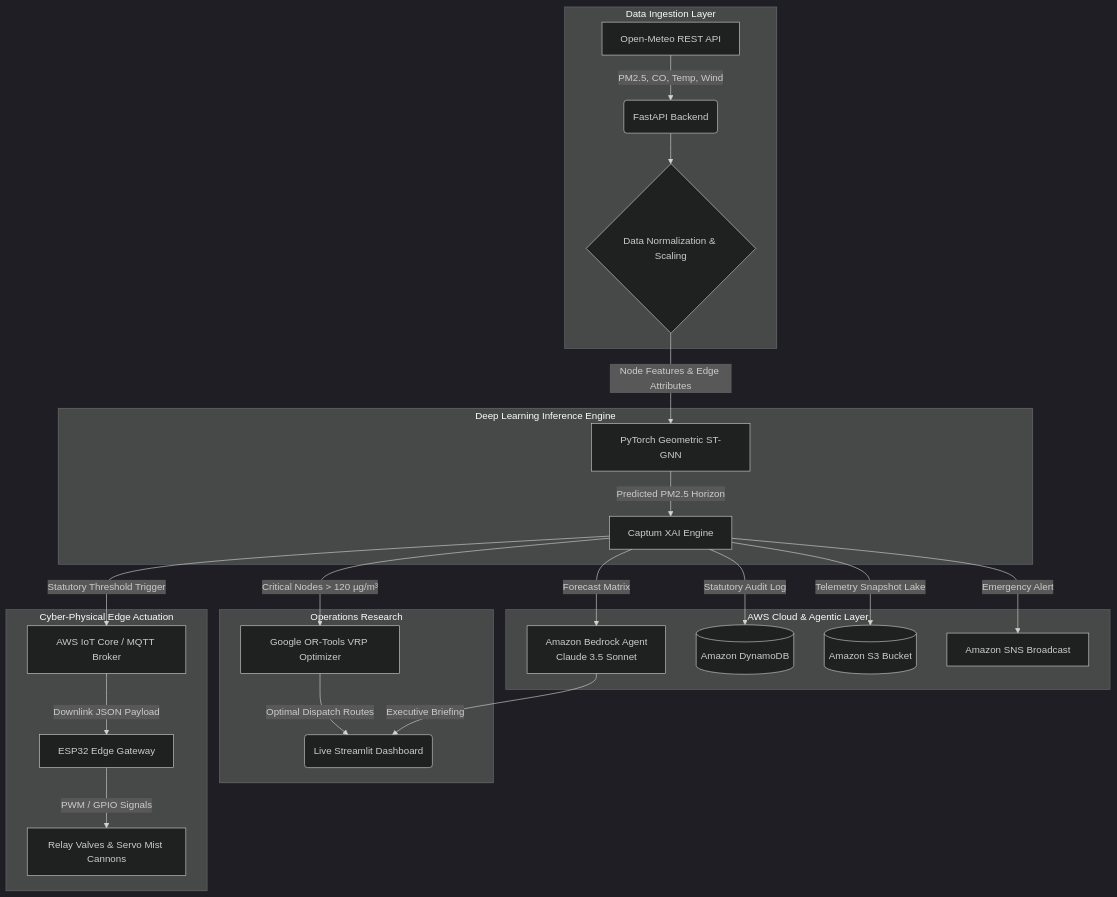
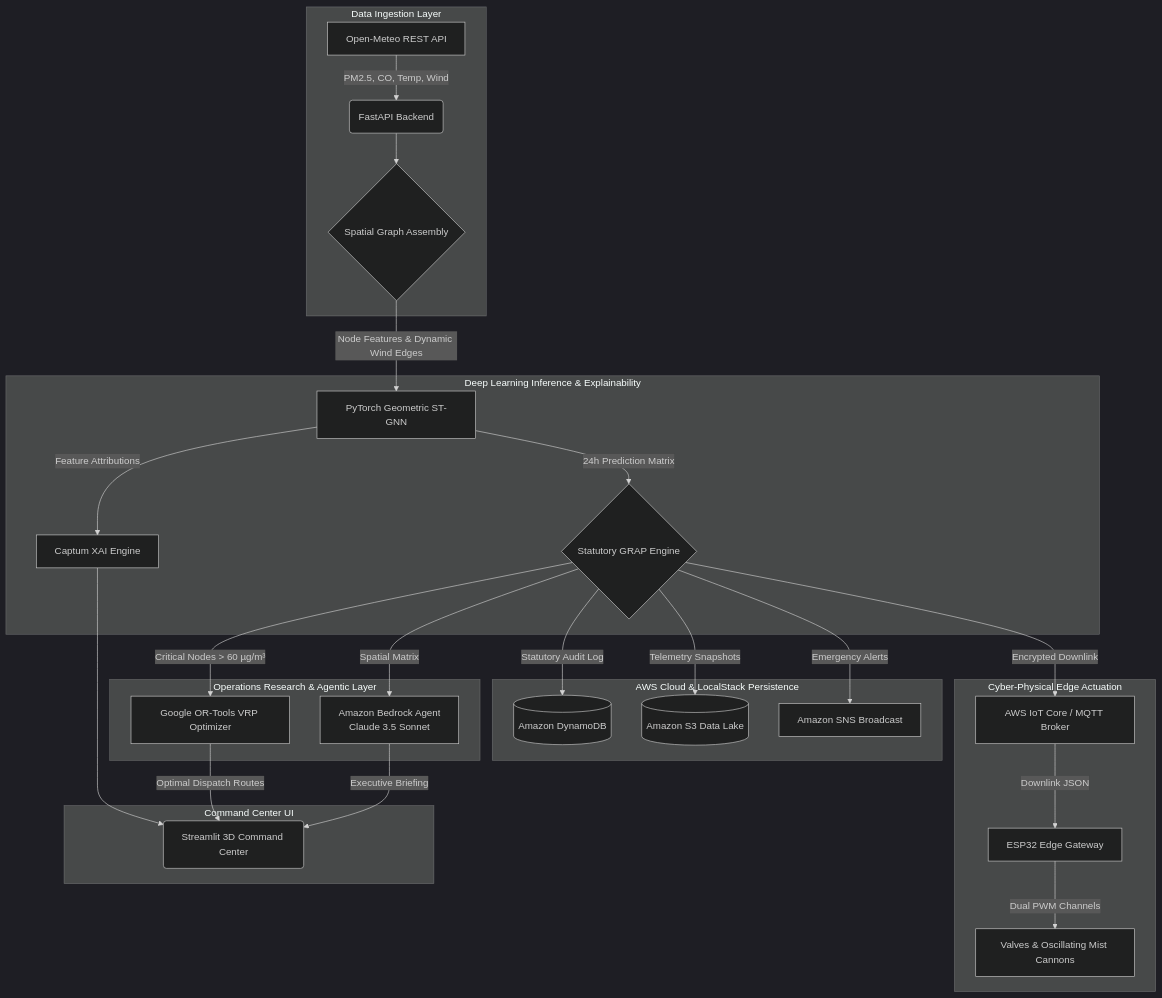
One commit to alfayezahmad/Zephyr changed the diagram in README.md. Above: the diagram before and after it, drawn with Mermaid (dark theme). The commit also changed 2 other files, not shown here.

Commit message:
docs(arch): verify and refine architecture diagrams and statutory dispatch data flows

````diff
--- a/README.md
+++ b/README.md
@@ -54,31 +54,36 @@
 ```mermaid
 graph TD
     subgraph Data Ingestion Layer
         A[Open-Meteo REST API] -->|PM2.5, CO, Temp, Wind| B(FastAPI Backend)
-        B --> C{Data Normalization & Scaling}
+        B --> C{Spatial Graph Assembly}
     end
 
-    subgraph Deep Learning Inference Engine
-        C -->|Node Features & Edge Attributes| D[PyTorch Geometric ST-GNN]
-        D -->|Predicted PM2.5 Horizon| E[Captum XAI Engine]
+    subgraph Deep Learning Inference & Explainability
+        C -->|Node Features & Dynamic Wind Edges| D[PyTorch Geometric ST-GNN]
+        D -->|Feature Attributions| E[Captum XAI Engine]
+        D -->|24h Prediction Matrix| DISPATCH{Statutory GRAP Engine}
     end
     
-    subgraph Operations Research
-        E -->|Critical Nodes > 120 µg/m³| F[Google OR-Tools VRP Optimizer]
-        F -->|Optimal Dispatch Routes| G(Live Streamlit Dashboard)
+    subgraph Operations Research & Agentic Layer
+        DISPATCH -->|Critical Nodes > 60 µg/m³| F[Google OR-Tools VRP Optimizer]
+        DISPATCH -->|Spatial Matrix| K["Amazon Bedrock Agent<br/>Claude 3.5 Sonnet"]
     end
 
-    subgraph AWS Cloud & Agentic Layer
-        E -->|Forecast Matrix| K[Amazon Bedrock Agent<br/>Claude 3.5 Sonnet]
+    subgraph Command Center UI
+        E --> G(Streamlit 3D Command Center)
+        F -->|Optimal Dispatch Routes| G
         K -->|Executive Briefing| G
-        E -->|Statutory Audit Log| L[(Amazon DynamoDB)]
-        E -->|Telemetry Snapshot Lake| M[(Amazon S3 Bucket)]
-        E -->|Emergency Alert| N[Amazon SNS Broadcast]
+    end
+
+    subgraph AWS Cloud & LocalStack Persistence
+        DISPATCH -->|Statutory Audit Log| L[(Amazon DynamoDB)]
+        DISPATCH -->|Telemetry Snapshots| M[(Amazon S3 Data Lake)]
+        DISPATCH -->|Emergency Alerts| N[Amazon SNS Broadcast]
     end
 
     subgraph Cyber-Physical Edge Actuation
-        E -->|Statutory Threshold Trigger| H[AWS IoT Core / MQTT Broker]
-        H -->|Downlink JSON Payload| I[ESP32 Edge Gateway]
-        I -->|PWM / GPIO Signals| J[Relay Valves & Servo Mist Cannons]
+        DISPATCH -->|Encrypted Downlink| H["AWS IoT Core / MQTT Broker"]
+        H -->|Downlink JSON| I[ESP32 Edge Gateway]
+        I -->|Dual PWM Channels| J["Valves & Oscillating Mist Cannons"]
     end
 ```
````
